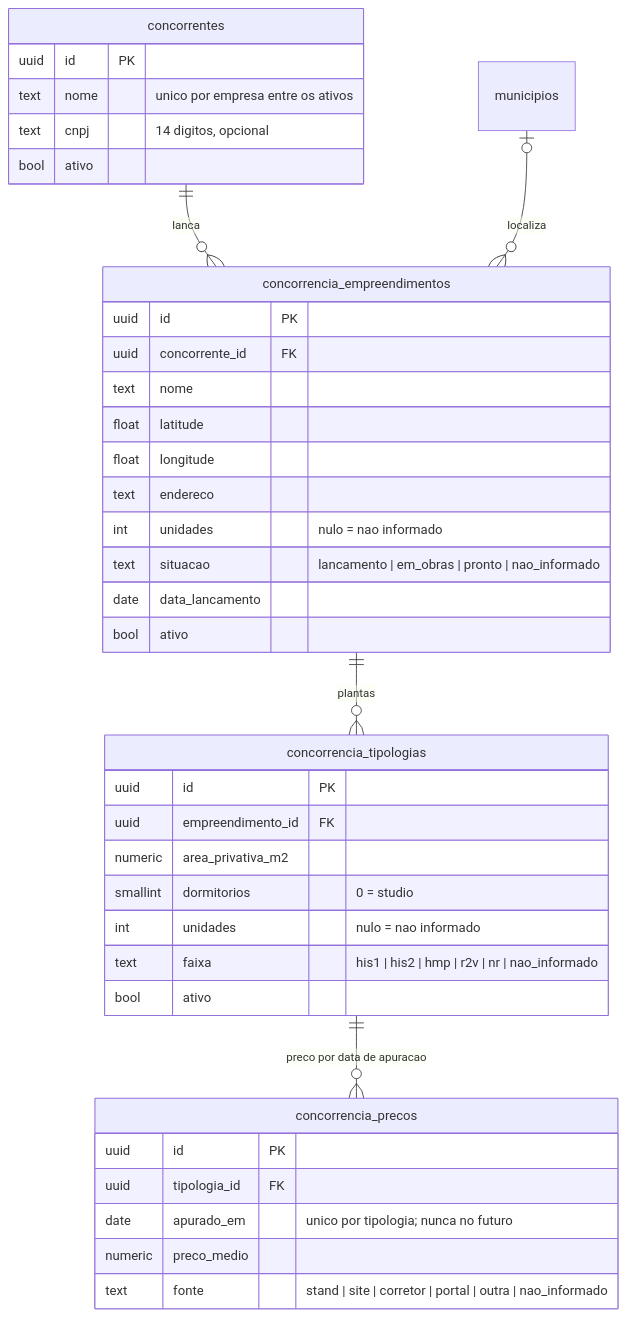
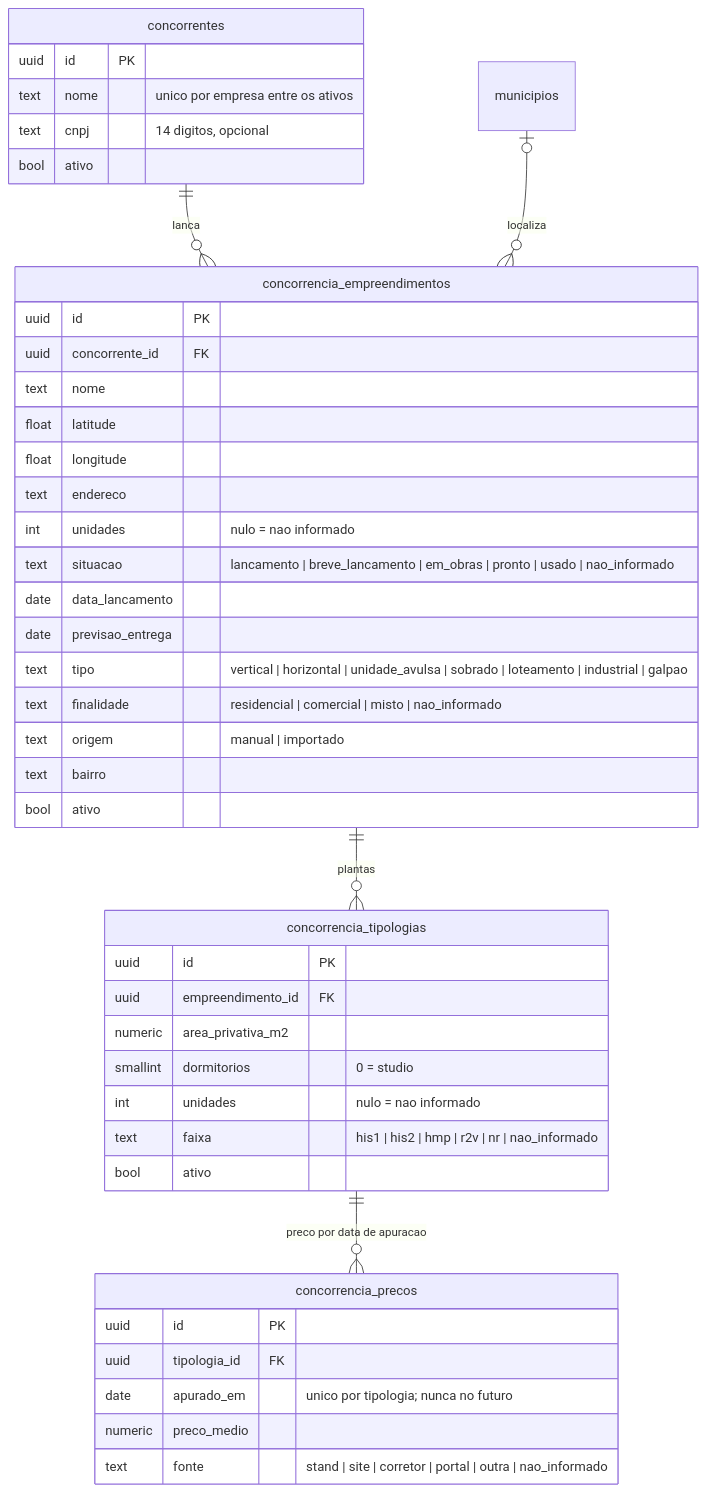
Before and after one commit to Mbekerman/bkm_terrenos-claude: the fourth of 6 diagrams in docs/modelo.md, drawn with Mermaid. The commit also changed other lines of this file and 4 other files, not shown here.

````diff
--- a/docs/modelo.md
+++ b/docs/modelo.md
@@ -602,42 +602,47 @@
 ```mermaid
 erDiagram
   concorrentes ||--o{ concorrencia_empreendimentos : lanca
   concorrencia_empreendimentos ||--o{ concorrencia_tipologias : "plantas"
   concorrencia_tipologias ||--o{ concorrencia_precos : "preco por data de apuracao"
   municipios |o--o{ concorrencia_empreendimentos : localiza
 
   concorrentes {
     uuid id PK
     text nome "unico por empresa entre os ativos"
     text cnpj "14 digitos, opcional"
     bool ativo
   }
   concorrencia_empreendimentos {
     uuid id PK
     uuid concorrente_id FK
     text nome
     float latitude
     float longitude
     text endereco
     int unidades "nulo = nao informado"
-    text situacao "lancamento | em_obras | pronto | nao_informado"
+    text situacao "lancamento | breve_lancamento | em_obras | pronto | usado | nao_informado"
     date data_lancamento
+    date previsao_entrega
+    text tipo "vertical | horizontal | unidade_avulsa | sobrado | loteamento | industrial | galpao"
+    text finalidade "residencial | comercial | misto | nao_informado"
+    text origem "manual | importado"
+    text bairro
     bool ativo
   }
   concorrencia_tipologias {
     uuid id PK
     uuid empreendimento_id FK
     numeric area_privativa_m2
     smallint dormitorios "0 = studio"
     int unidades "nulo = nao informado"
     text faixa "his1 | his2 | hmp | r2v | nr | nao_informado"
     bool ativo
   }
   concorrencia_precos {
     uuid id PK
     uuid tipologia_id FK
     date apurado_em "unico por tipologia; nunca no futuro"
     numeric preco_medio
     text fonte "stand | site | corretor | portal | outra | nao_informado"
   }
 ```
````
